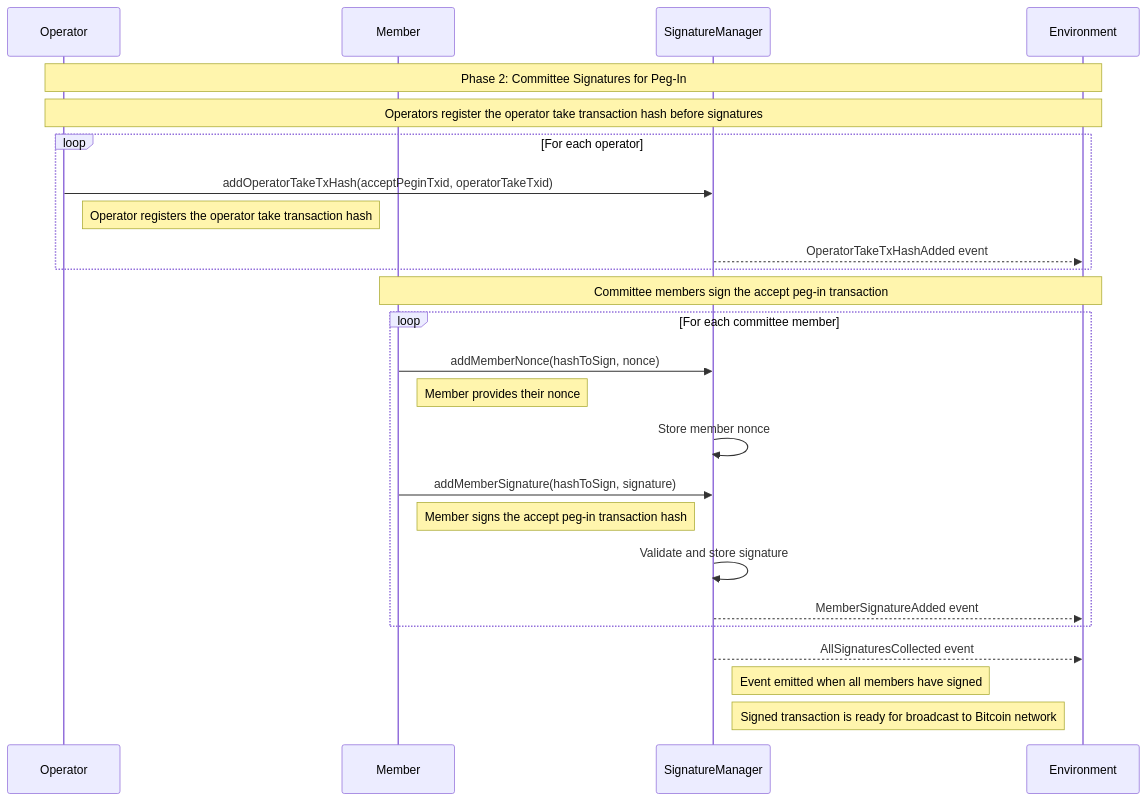
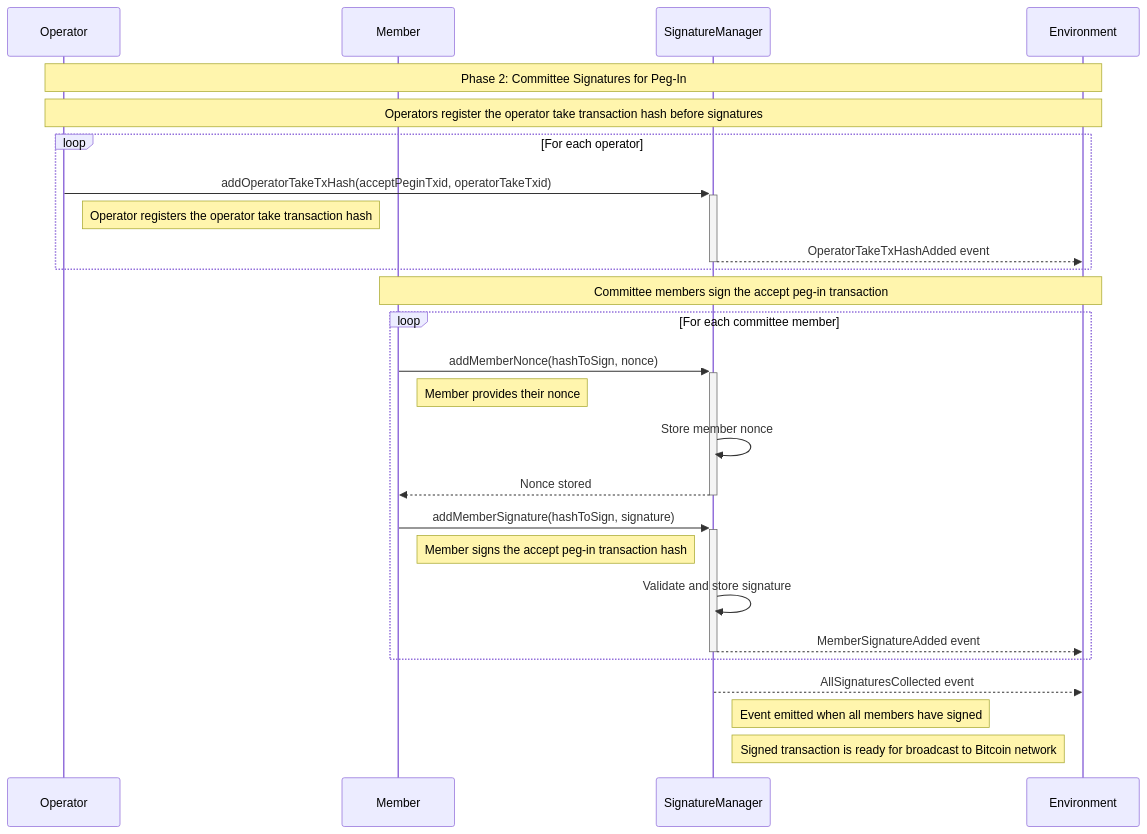
One commit to rsksmart/union-bridge-contracts changed the sixth of 12 diagrams in README.md. Above: the diagram before and after it, drawn with Mermaid. The commit also changed other lines of this file, not shown here.

Commit message:
Add Table of contents and architecture to README

````diff
--- a/README.md
+++ b/README.md
@@ -213,32 +355,33 @@
 ```mermaid
 sequenceDiagram
     participant O as Operator
     participant M as Member
     participant SM as SignatureManager
     participant ENV as Environment
 
     Note over O,ENV: Phase 2: Committee Signatures for Peg-In
     Note over O,ENV: Operators register the operator take transaction hash before signatures
 
     loop For each operator
-        O->>SM: addOperatorTakeTxHash(acceptPeginTxid, operatorTakeTxid)
+        O->>+SM: addOperatorTakeTxHash(acceptPeginTxid, operatorTakeTxid)
         Note right of O: Operator registers the operator take transaction hash
-        SM-->>ENV: OperatorTakeTxHashAdded event
+        SM-->>-ENV: OperatorTakeTxHashAdded event
     end
 
     Note over M,ENV: Committee members sign the accept peg-in transaction
 
     loop For each committee member
-        M->>SM: addMemberNonce(hashToSign, nonce)
+        M->>+SM: addMemberNonce(hashToSign, nonce)
         Note right of M: Member provides their nonce
         SM->>SM: Store member nonce
-        M->>SM: addMemberSignature(hashToSign, signature)
+        SM-->>-M: Nonce stored
+        M->>+SM: addMemberSignature(hashToSign, signature)
         Note right of M: Member signs the accept peg-in transaction hash
         SM->>SM: Validate and store signature
-        SM-->>ENV: MemberSignatureAdded event
+        SM-->>-ENV: MemberSignatureAdded event
     end
 
     SM-->>ENV: AllSignaturesCollected event
     Note right of SM: Event emitted when all members have signed
     Note right of SM: Signed transaction is ready for broadcast to Bitcoin network
 ```
````
